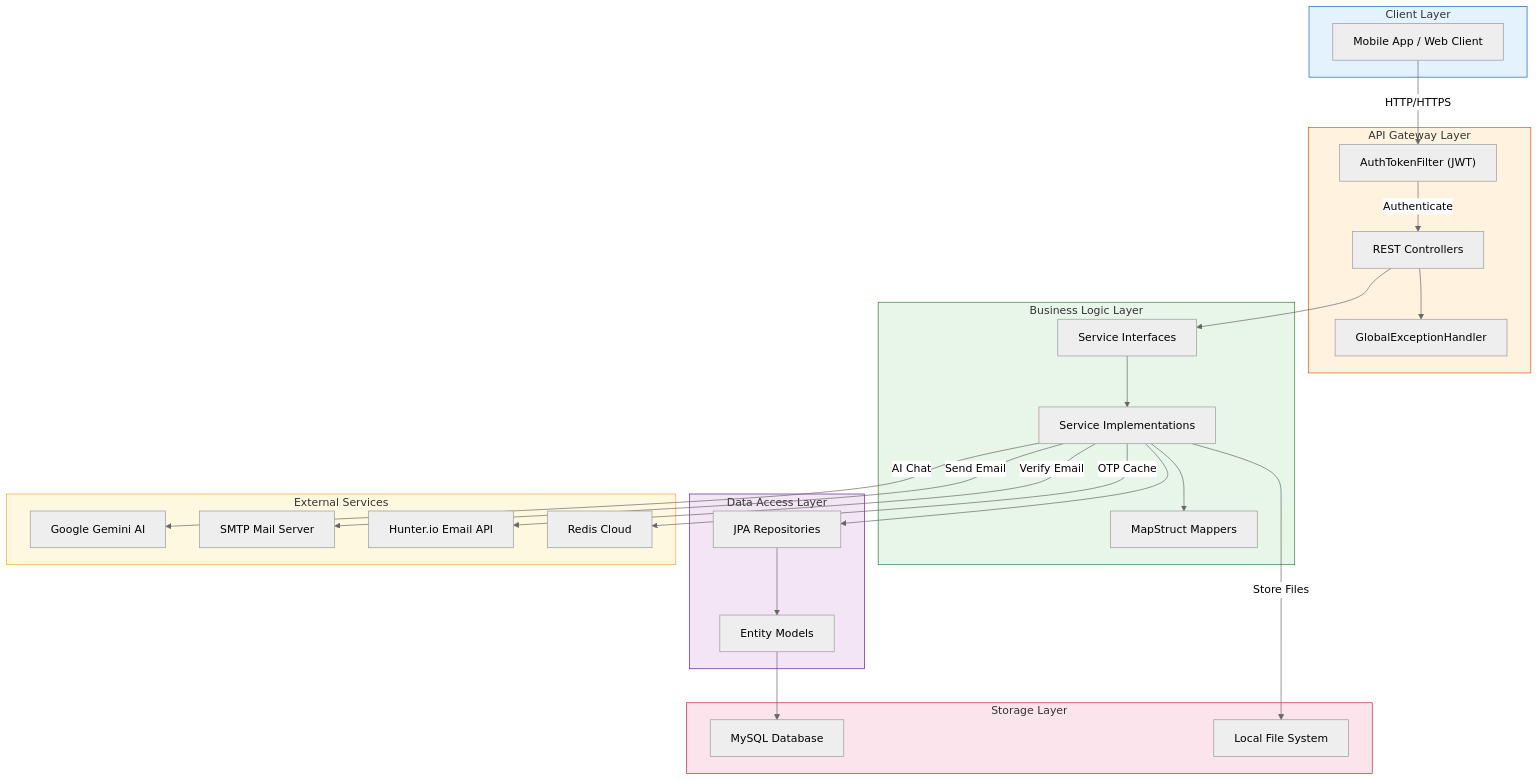
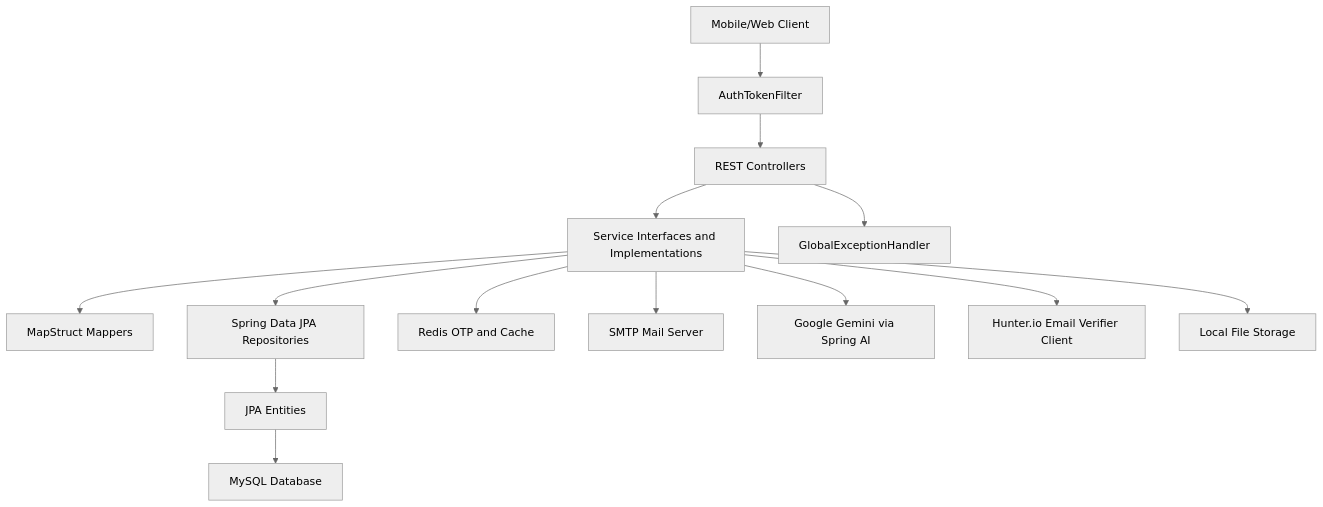
The first of 3 diagrams in README.md (3uumrr/sawah-backend), drawn with Mermaid (neutral theme) before and after one commit. The commit also changed other lines of this file, not shown here.

````diff
--- a/README.md
+++ b/README.md
@@ -181,57 +184,16 @@
 ```mermaid
 flowchart TD
-    subgraph Client["Client Layer"]
-        A["Mobile App / Web Client"]
-    end
-
-    subgraph API["API Gateway Layer"]
-        B["REST Controllers"]
-        C["AuthTokenFilter (JWT)"]
-        D["GlobalExceptionHandler"]
-    end
-
-    subgraph Business["Business Logic Layer"]
-        E["Service Interfaces"]
-        F["Service Implementations"]
-        G["MapStruct Mappers"]
-    end
-
-    subgraph Data["Data Access Layer"]
-        H["JPA Repositories"]
-        I["Entity Models"]
-    end
-
-    subgraph External["External Services"]
-        J["Google Gemini AI"]
-        K["SMTP Mail Server"]
-        L["Hunter.io Email API"]
-        M["Redis Cloud"]
-    end
-
-    subgraph Storage["Storage Layer"]
-        N["MySQL Database"]
-        O["Local File System"]
-    end
-
-    A -->|"HTTP/HTTPS"| C
-    C -->|"Authenticate"| B
-    B --> D
-    B --> E
-    E --> F
-    F --> G
-    F --> H
-    H --> I
-    I --> N
-    F -->|"AI Chat"| J
-    F -->|"Send Email"| K
-    F -->|"Verify Email"| L
-    F -->|"OTP Cache"| M
-    F -->|"Store Files"| O
-
-    style Client fill:#E3F2FD,stroke:#1565C0
-    style API fill:#FFF3E0,stroke:#E65100
-    style Business fill:#E8F5E9,stroke:#2E7D32
-    style Data fill:#F3E5F5,stroke:#6A1B9A
-    style External fill:#FFF8E1,stroke:#F9A825
-    style Storage fill:#FCE4EC,stroke:#C62828
+    Client["Mobile/Web Client"] --> Security["AuthTokenFilter"]
+    Security --> Controllers["REST Controllers"]
+    Controllers --> Services["Service Interfaces and Implementations"]
+    Services --> Mappers["MapStruct Mappers"]
+    Services --> Repositories["Spring Data JPA Repositories"]
+    Repositories --> Entities["JPA Entities"]
+    Entities --> MySQL["MySQL Database"]
+    Services --> Redis["Redis OTP and Cache"]
+    Services --> Mail["SMTP Mail Server"]
+    Services --> Gemini["Google Gemini via Spring AI"]
+    Services --> Hunter["Hunter.io Email Verifier Client"]
+    Services --> Files["Local File Storage"]
+    Controllers --> Exceptions["GlobalExceptionHandler"]
 ```
````
